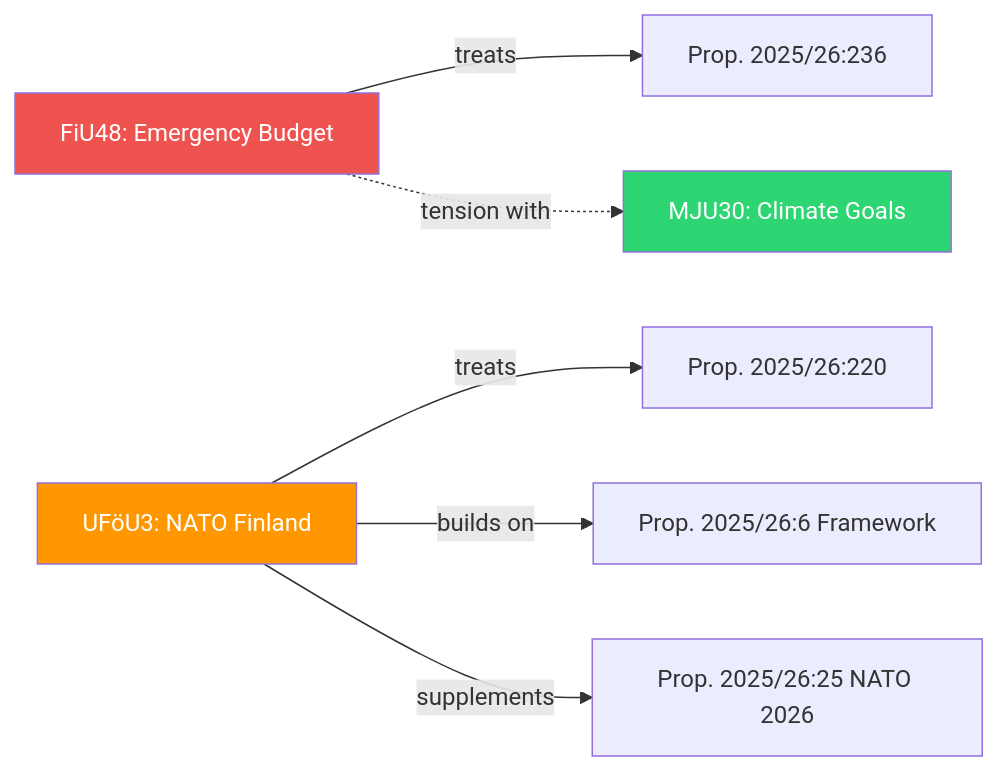
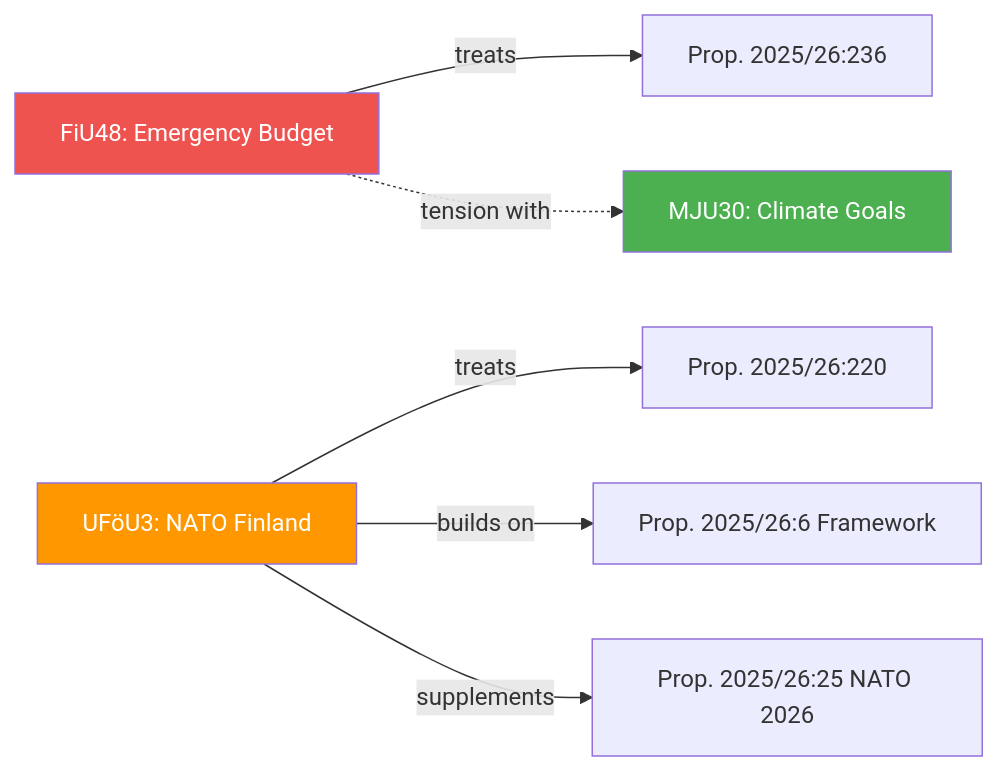
One commit to Hack23/riksdagsmonitor changed the diagram in analysis/daily/2026-04-14/committeeReports/cross-reference-map.md. Above: the diagram before and after it, drawn with Mermaid. The commit also changed 121 other files, not shown here.

````diff
--- a/analysis/daily/2026-04-14/committeeReports/cross-reference-map.md
+++ b/analysis/daily/2026-04-14/committeeReports/cross-reference-map.md
@@ -15,12 +15,12 @@
 ```mermaid
 graph LR
     FiU48[FiU48: Emergency Budget] -->|treats| P236[Prop. 2025/26:236]
     UFöU3[UFöU3: NATO Finland] -->|treats| P220[Prop. 2025/26:220]
     UFöU3 -->|builds on| P6[Prop. 2025/26:6 Framework]
     UFöU3 -->|supplements| P25[Prop. 2025/26:25 NATO 2026]
     FiU48 -.->|tension with| MJU30[MJU30: Climate Goals]
 
     style FiU48 fill:#EF5350,color:#FFFFFF
     style UFöU3 fill:#FF9800,color:#FFFFFF
-    style MJU30 fill:#2ed573,color:#FFFFFF
+    style MJU30 fill:#4CAF50,color:#FFFFFF
 ```
````
